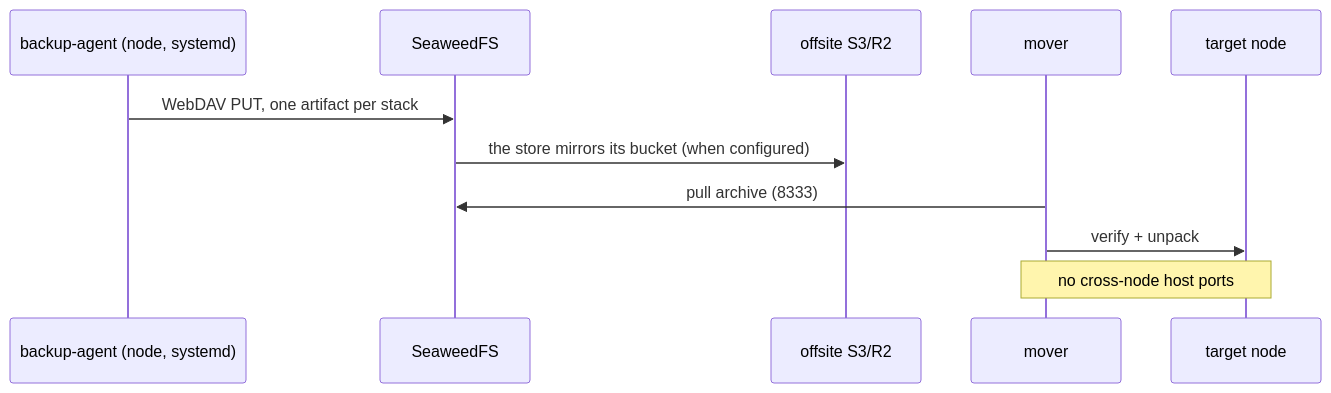
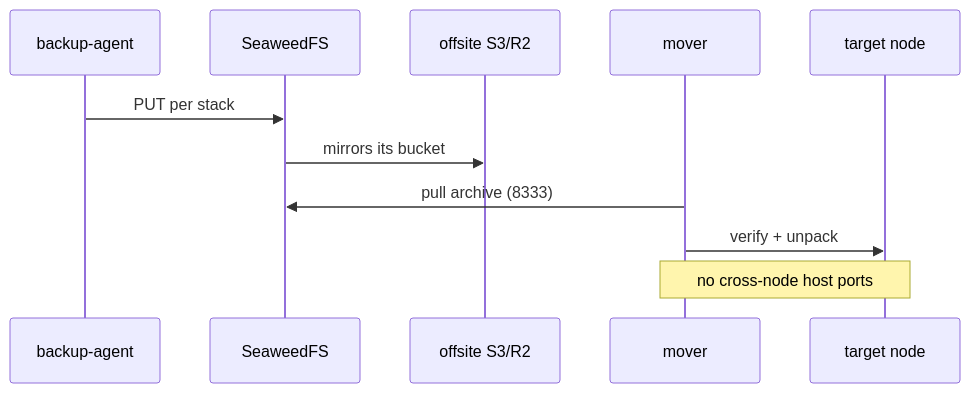
One commit to hazemarian/poor-man-cluster changed the ninth of 11 diagrams in docs/whitepaper.md. Above: the diagram before and after it, drawn with Mermaid. The commit also changed 1 other file, not shown here.

Commit message:
docs: keep the new diagrams inside GitHub's column
The diagram legibility check renders every block and fails when the natural width
forces a scale that shrinks labels past reading size. Shortening the participant
labels and the message text brought the backup sequence from 1184px to 1065px
(scale 0.78) and the whitepaper's replication diagram from 1320px to 1050px.

````diff
--- a/docs/whitepaper.md
+++ b/docs/whitepaper.md
@@ -257,13 +257,13 @@
 ```mermaid
 sequenceDiagram
-    participant AG as backup-agent (node, systemd)
+    participant AG as backup-agent
     participant SW as SeaweedFS
     participant S3 as offsite S3/R2
     participant MV as mover
     participant TN as target node
-    AG->>SW: WebDAV PUT, one artifact per stack
-    SW->>S3: the store mirrors its bucket (when configured)
+    AG->>SW: PUT per stack
+    SW->>S3: mirrors its bucket
     MV->>SW: pull archive (8333)
     MV->>TN: verify + unpack
     Note over MV,TN: no cross-node host ports
 ```
````
